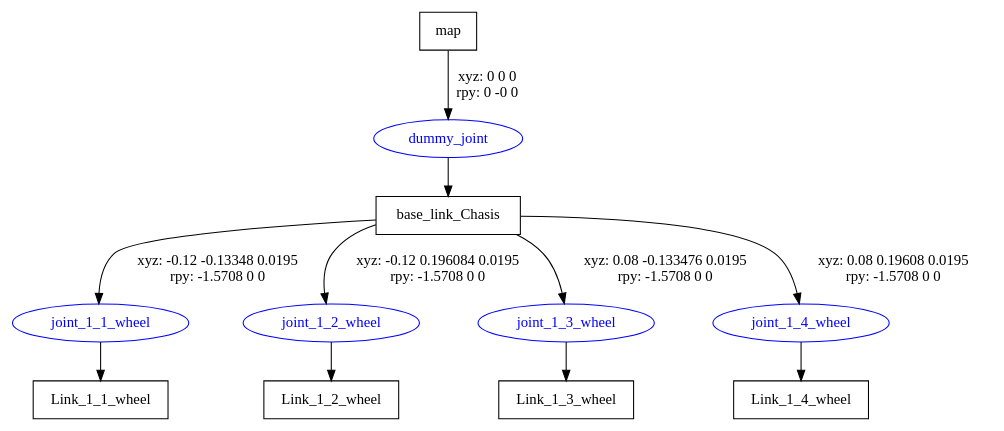
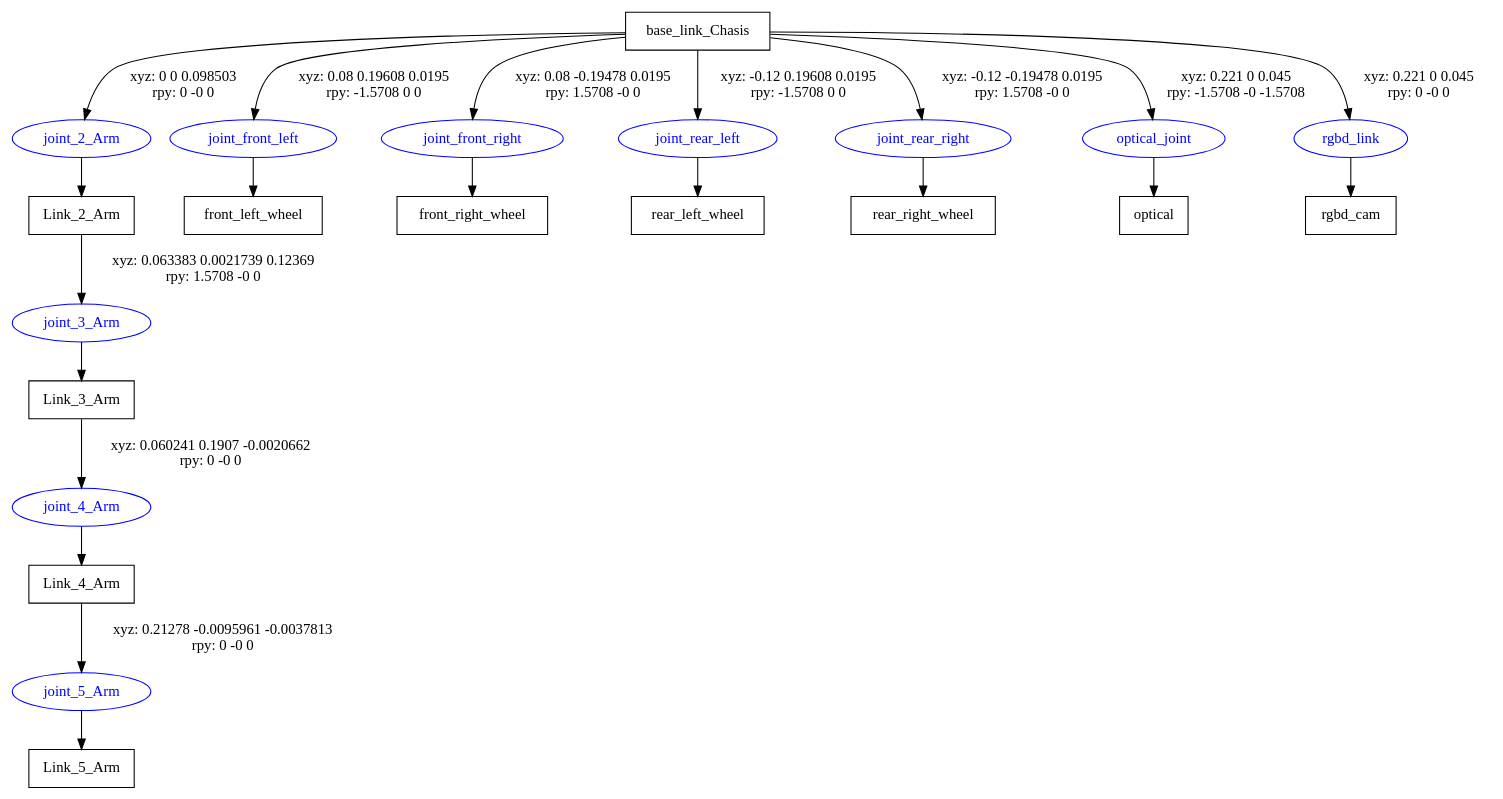
Before and after one commit to Abdigal1/controller_test: the diagram in mobile/ensamble_mobile/urdf/robot.gv, drawn with Graphviz. The commit also changed 11 other files, not shown here.

```diff
--- a/mobile/ensamble_mobile/urdf/robot.gv
+++ b/mobile/ensamble_mobile/urdf/robot.gv
@@ -1,20 +1,35 @@
 digraph G {
 node [shape=box];
-"map" [label="map"];
 "base_link_Chasis" [label="base_link_Chasis"];
-"Link_1_1_wheel" [label="Link_1_1_wheel"];
-"Link_1_2_wheel" [label="Link_1_2_wheel"];
-"Link_1_3_wheel" [label="Link_1_3_wheel"];
-"Link_1_4_wheel" [label="Link_1_4_wheel"];
+"Link_2_Arm" [label="Link_2_Arm"];
+"Link_3_Arm" [label="Link_3_Arm"];
+"Link_4_Arm" [label="Link_4_Arm"];
+"Link_5_Arm" [label="Link_5_Arm"];
+"front_left_wheel" [label="front_left_wheel"];
+"front_right_wheel" [label="front_right_wheel"];
+"rear_left_wheel" [label="rear_left_wheel"];
+"rear_right_wheel" [label="rear_right_wheel"];
+"optical" [label="optical"];
+"rgbd_cam" [label="rgbd_cam"];
 node [shape=ellipse, color=blue, fontcolor=blue];
-"map" -> "dummy_joint" [label="xyz: 0 0 0 \nrpy: 0 -0 0"]
-"dummy_joint" -> "base_link_Chasis"
-"base_link_Chasis" -> "joint_1_1_wheel" [label="xyz: -0.12 -0.13348 0.0195 \nrpy: -1.5708 0 0"]
-"joint_1_1_wheel" -> "Link_1_1_wheel"
-"base_link_Chasis" -> "joint_1_2_wheel" [label="xyz: -0.12 0.196084 0.0195 \nrpy: -1.5708 0 0"]
-"joint_1_2_wheel" -> "Link_1_2_wheel"
-"base_link_Chasis" -> "joint_1_3_wheel" [label="xyz: 0.08 -0.133476 0.0195 \nrpy: -1.5708 0 0"]
-"joint_1_3_wheel" -> "Link_1_3_wheel"
-"base_link_Chasis" -> "joint_1_4_wheel" [label="xyz: 0.08 0.19608 0.0195 \nrpy: -1.5708 0 0"]
-"joint_1_4_wheel" -> "Link_1_4_wheel"
+"base_link_Chasis" -> "joint_2_Arm" [label="xyz: 0 0 0.098503 \nrpy: 0 -0 0"]
+"joint_2_Arm" -> "Link_2_Arm"
+"Link_2_Arm" -> "joint_3_Arm" [label="xyz: 0.063383 0.0021739 0.12369 \nrpy: 1.5708 -0 0"]
+"joint_3_Arm" -> "Link_3_Arm"
+"Link_3_Arm" -> "joint_4_Arm" [label="xyz: 0.060241 0.1907 -0.0020662 \nrpy: 0 -0 0"]
+"joint_4_Arm" -> "Link_4_Arm"
+"Link_4_Arm" -> "joint_5_Arm" [label="xyz: 0.21278 -0.0095961 -0.0037813 \nrpy: 0 -0 0"]
+"joint_5_Arm" -> "Link_5_Arm"
+"base_link_Chasis" -> "joint_front_left" [label="xyz: 0.08 0.19608 0.0195 \nrpy: -1.5708 0 0"]
+"joint_front_left" -> "front_left_wheel"
+"base_link_Chasis" -> "joint_front_right" [label="xyz: 0.08 -0.19478 0.0195 \nrpy: 1.5708 -0 0"]
+"joint_front_right" -> "front_right_wheel"
+"base_link_Chasis" -> "joint_rear_left" [label="xyz: -0.12 0.19608 0.0195 \nrpy: -1.5708 0 0"]
+"joint_rear_left" -> "rear_left_wheel"
+"base_link_Chasis" -> "joint_rear_right" [label="xyz: -0.12 -0.19478 0.0195 \nrpy: 1.5708 -0 0"]
+"joint_rear_right" -> "rear_right_wheel"
+"base_link_Chasis" -> "optical_joint" [label="xyz: 0.221 0 0.045 \nrpy: -1.5708 -0 -1.5708"]
+"optical_joint" -> "optical"
+"base_link_Chasis" -> "rgbd_link" [label="xyz: 0.221 0 0.045 \nrpy: 0 -0 0"]
+"rgbd_link" -> "rgbd_cam"
 }
```
